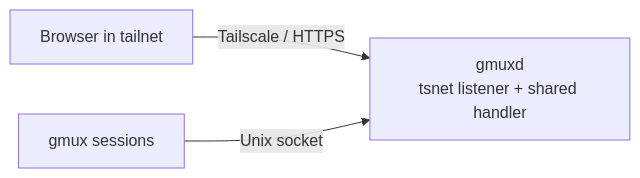
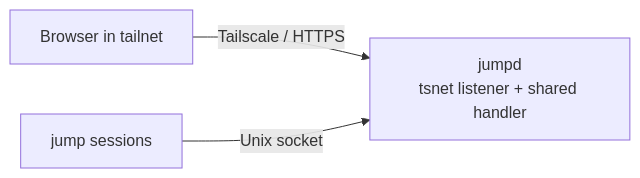
One commit to btmc0/datai changed the second of 3 diagrams in README.md. Above: the diagram before and after it, drawn with Mermaid. The commit also changed other lines of this file and 487 other files, not shown here.

````diff
--- a/README.md
+++ b/README.md
@@ -54,5 +54,5 @@
 ```mermaid
 graph LR
-    browser["Browser in tailnet"] -->|Tailscale / HTTPS| gmuxd["gmuxd\ntsnet listener + shared handler"]
-    gmux["gmux sessions"] -->|Unix socket| gmuxd
+    browser["Browser in tailnet"] -->|Tailscale / HTTPS| jumpd["jumpd\ntsnet listener + shared handler"]
+    jump["jump sessions"] -->|Unix socket| jumpd
 ```
````
